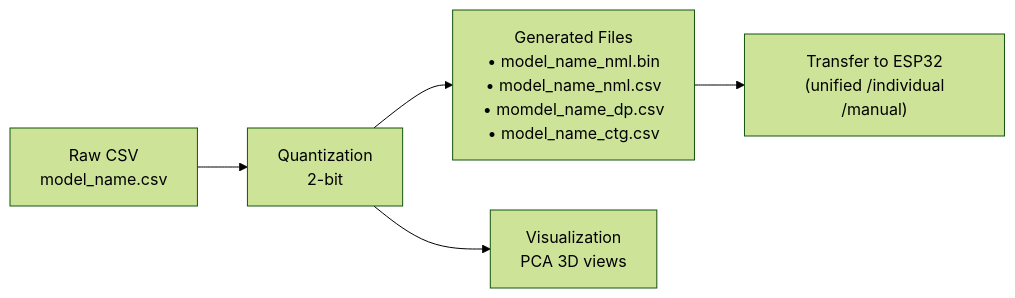
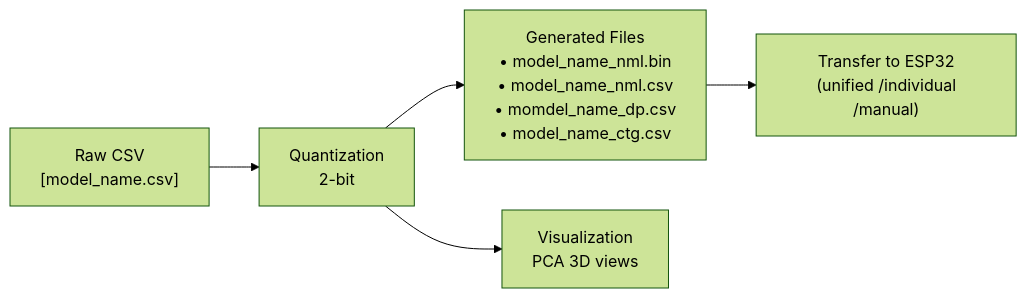
The first of 2 diagrams in tools/data_processing/README.md (viettran-edgeAI/MCU), drawn with Mermaid (forest theme) before and after one commit.

````diff
--- a/tools/data_processing/README.md
+++ b/tools/data_processing/README.md
@@ -15,7 +15,7 @@
 ```mermaid
 flowchart LR
-  A["Raw CSV<br/>model_name.csv"] --> B["Quantization<br/>2-bit"]
+  A["Raw CSV<br/>[model_name.csv]"] --> B["Quantization<br/>2-bit"]
   B --> C["Generated Files<br/>• model_name_nml.bin <br/>• model_name_nml.csv <br/>• momdel_name_dp.csv <br/>• model_name_ctg.csv"]
   B --> D["Visualization<br/>PCA 3D views"]
   C --> E["Transfer to ESP32<br/> (unified /individual /manual)"]
 ```
````
